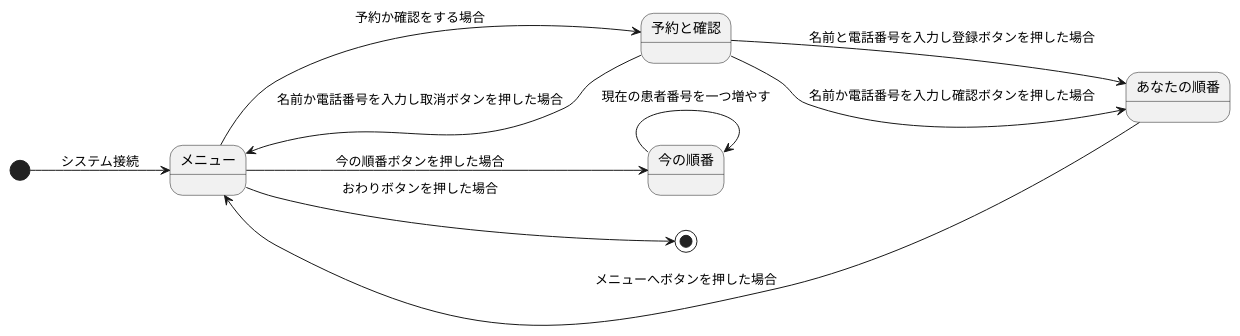
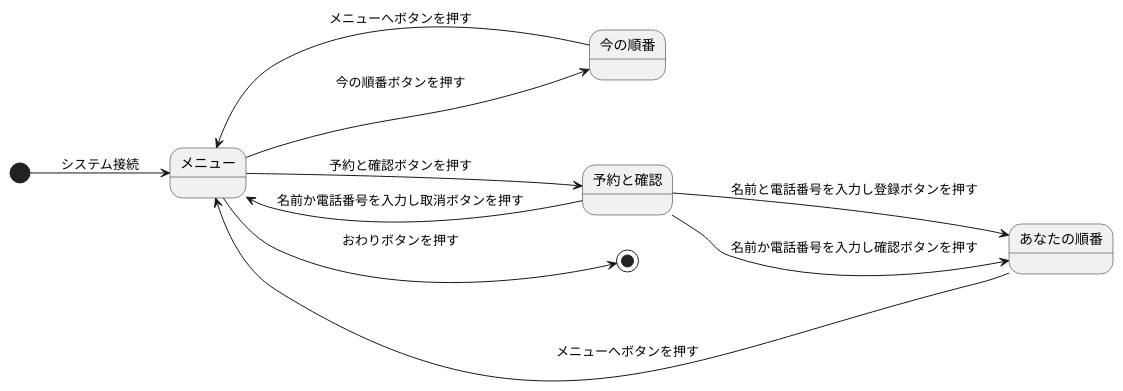
One commit to kenkensan/uml-introduction changed the diagram in 演習6-3_ステートマシン図_診察予約システム.pu. Above: the diagram before and after it, drawn with PlantUML.

Commit message:
修正

```diff
--- a/演習6-3_ステートマシン図_診察予約システム.pu
+++ b/演習6-3_ステートマシン図_診察予約システム.pu
@@ -1,12 +1,12 @@
 @startuml 演習6-3 ステートマシン
 left to right direction
 [*]-->メニュー :システム接続
-メニュー-->予約と確認 :予約か確認をする場合
-予約と確認-->あなたの順番 :名前と電話番号を入力し登録ボタンを押した場合
-予約と確認-->あなたの順番 :名前か電話番号を入力し確認ボタンを押した場合
-予約と確認-->メニュー :名前か電話番号を入力し取消ボタンを押した場合
-あなたの順番-->メニュー :メニューへボタンを押した場合
-メニュー-->今の順番 :今の順番ボタンを押した場合
-今の順番-->今の順番 :現在の患者番号を一つ増やす
-メニュー-->[*] :おわりボタンを押した場合
+メニュー-->予約と確認 :予約と確認ボタンを押す
+予約と確認-->あなたの順番 :名前と電話番号を入力し登録ボタンを押す
+予約と確認-->あなたの順番 :名前か電話番号を入力し確認ボタンを押す
+予約と確認-->メニュー :名前か電話番号を入力し取消ボタンを押す
+あなたの順番-->メニュー :メニューへボタンを押す
+メニュー-->今の順番 :今の順番ボタンを押す
+メニュー<--今の順番 :メニューへボタンを押す
+メニュー-->[*] :おわりボタンを押す
 @enduml
```
